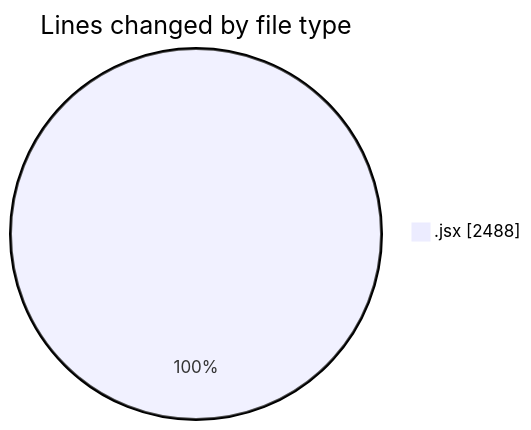
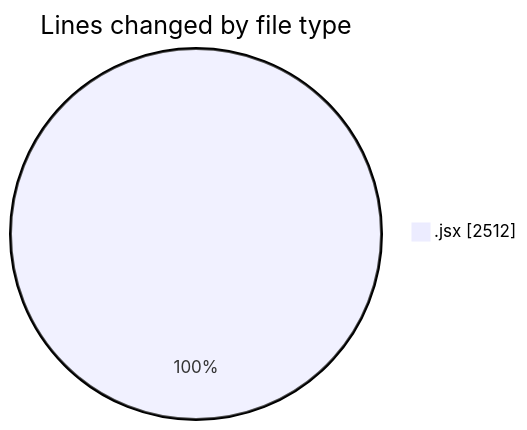
Before and after one commit to nxtqubesakshisongat/code-tracking: the first of 2 diagrams in 2026-01-12/nxtqube_webapp/README.md, drawn with Mermaid. The commit also changed other lines of this file and 1 other file, not shown here.

````diff
--- a/2026-01-12/nxtqube_webapp/README.md
+++ b/2026-01-12/nxtqube_webapp/README.md
@@ -24,5 +24,5 @@
 ```mermaid
 pie showData
 title Lines changed by file type
-".jsx" : 2488
+".jsx" : 2512
 ```
````
